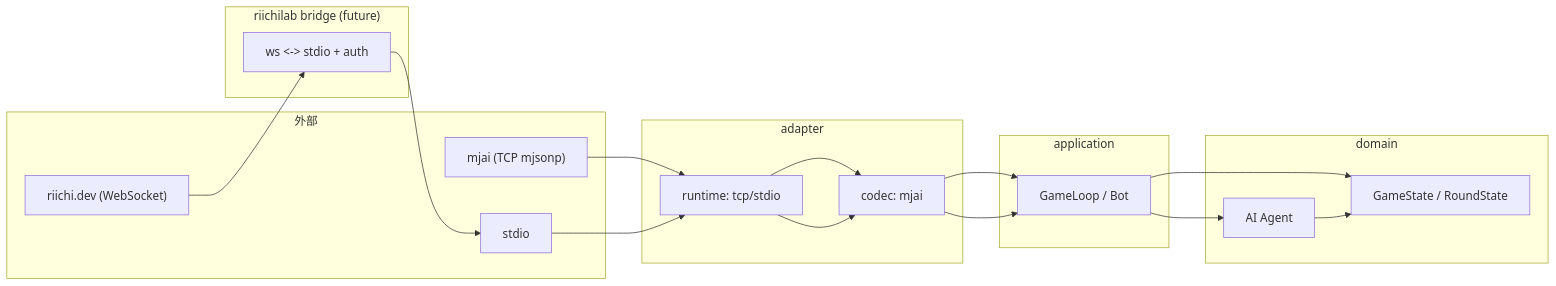
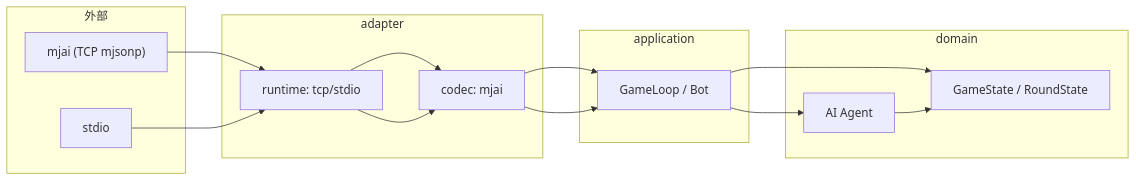
Before and after one commit to Apricot-S/mjai-manue-go: the diagram in .agents/design.md, drawn with Mermaid. The commit also changed other lines of this file and 11 other files, not shown here.

````diff
--- a/.agents/design.md
+++ b/.agents/design.md
@@ -67,32 +66,26 @@
 ```mermaid
 flowchart LR
   subgraph External["外部"]
     MJAI["mjai (TCP mjsonp)"]
     STDIO["stdio"]
-    RL["riichi.dev (WebSocket)"]
   end
 
   subgraph Adapter["adapter"]
     T1["runtime: tcp/stdio"]
     C1["codec: mjai"]
-  end
-
-  subgraph Bridge["riichilab bridge (future)"]
-    B1["ws <-> stdio + auth"]
   end
 
   subgraph App["application"]
     U1["GameLoop / Bot"]
   end
 
   subgraph Dom["domain"]
     D1["GameState / RoundState"]
     D2["AI Agent"]
   end
 
   MJAI --> T1 --> C1 --> U1 --> D1
   STDIO --> T1 --> C1 --> U1
-  RL --> B1 --> STDIO
   U1 --> D2
   D2 --> D1
 ```
````
